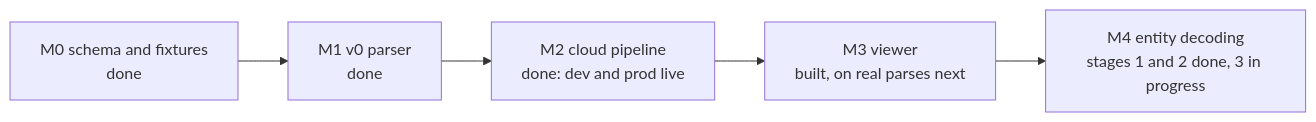
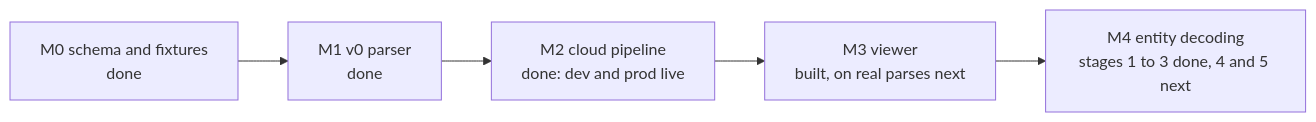
Before and after one commit to ChiemekaKalu/demoView: the second of 2 diagrams in .claude/wiki/README.md, drawn with Mermaid. The commit also changed other lines of this file and 8 other files, not shown here.

First line of the commit message:
docs(wiki): record entity decoding, the self-recovering pipeline and the closed budget

````diff
--- a/.claude/wiki/README.md
+++ b/.claude/wiki/README.md
@@ -60,7 +60,7 @@
 ```mermaid
 flowchart LR
     M0[M0 schema and fixtures<br/>done] --> M1[M1 v0 parser<br/>done]
     M1 --> M2[M2 cloud pipeline<br/>done: dev and prod live]
     M2 --> M3[M3 viewer<br/>built, on real parses next]
-    M3 --> M4[M4 entity decoding<br/>stages 1 and 2 done, 3 in progress]
+    M3 --> M4[M4 entity decoding<br/>stages 1 to 3 done, 4 and 5 next]
 ```
````
